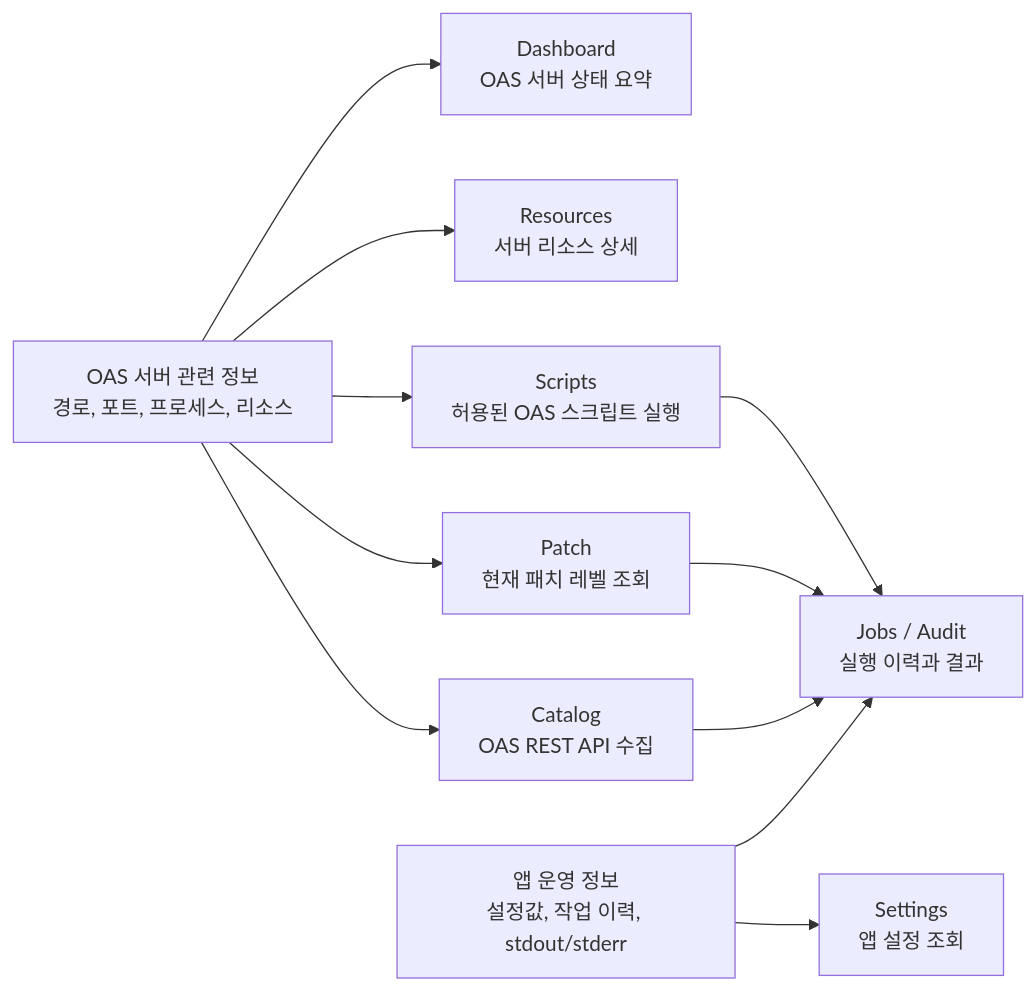
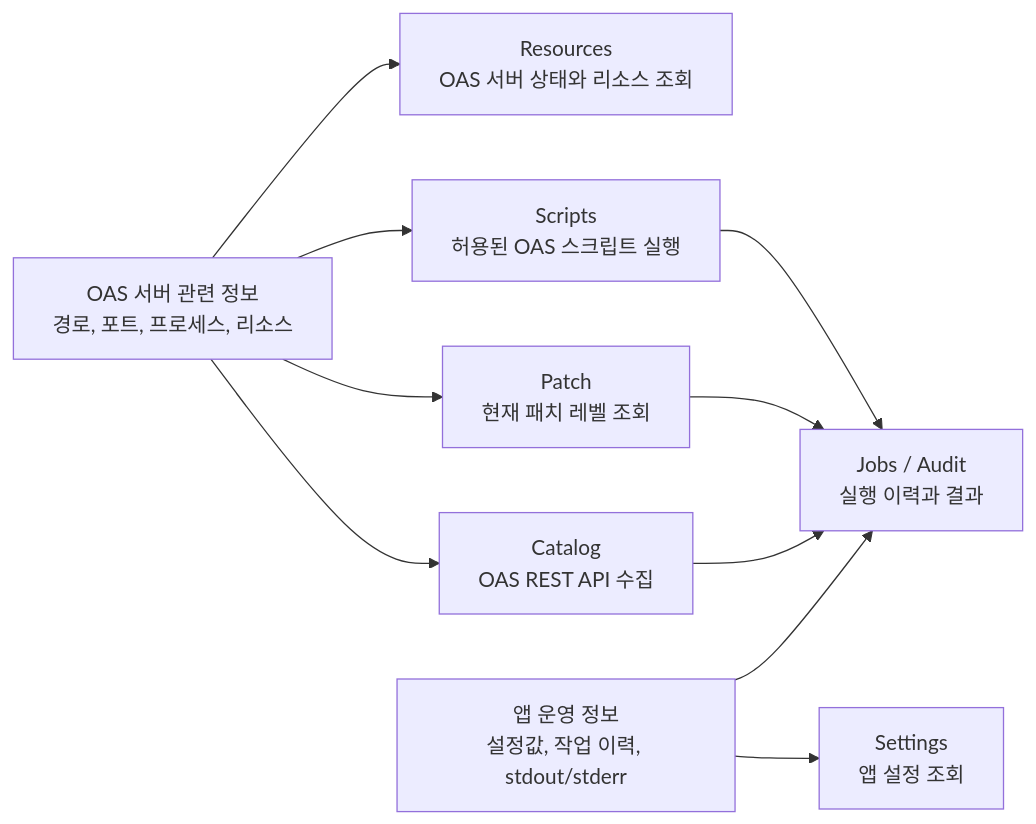
The second of 3 diagrams in docs/INTRODUCTION.md (yoonsookyi/oas-dashboard), drawn with Mermaid before and after one commit. The commit also changed other lines of this file and 3 other files, not shown here.

````diff
--- a/docs/INTRODUCTION.md
+++ b/docs/INTRODUCTION.md
@@ -205,25 +187,23 @@
 ```mermaid
 flowchart LR
-    Dashboard["Dashboard\nOAS 서버 상태 요약"]
-    Resources["Resources\n서버 리소스 상세"]
+    Resources["Resources\nOAS 서버 상태와 리소스 조회"]
     Catalog["Catalog\nOAS REST API 수집"]
     Patch["Patch\n현재 패치 레벨 조회"]
     Scripts["Scripts\n허용된 OAS 스크립트 실행"]
     Jobs["Jobs / Audit\n실행 이력과 결과"]
     Settings["Settings\n앱 설정 조회"]
 
     OASState["OAS 서버 관련 정보\n경로, 포트, 프로세스, 리소스"]
     AppState["앱 운영 정보\n설정값, 작업 이력, stdout/stderr"]
 
-    OASState --> Dashboard
     OASState --> Resources
     OASState --> Catalog
     OASState --> Patch
     OASState --> Scripts
 
     Scripts --> Jobs
     Patch --> Jobs
     Catalog --> Jobs
     AppState --> Jobs
     AppState --> Settings
 ```
````
